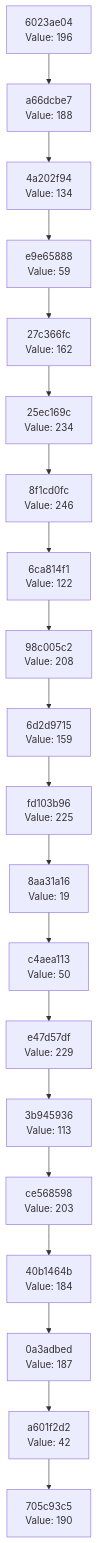
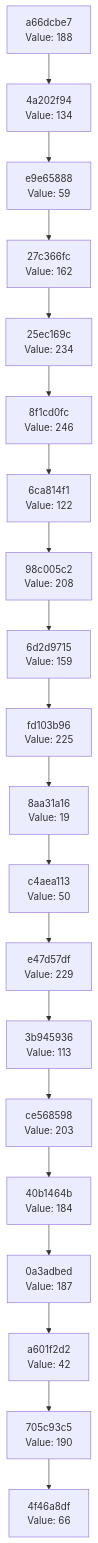
Before and after one commit to Abhisheksinha1506/hash-chain-evolver: the diagram in docs/CHAIN_VISUALIZATION.md, drawn with Mermaid. The commit also changed 3 other files, not shown here.

````diff
--- a/docs/CHAIN_VISUALIZATION.md
+++ b/docs/CHAIN_VISUALIZATION.md
@@ -3,42 +3,42 @@
 ```mermaid
 graph TD
-    C0["705c93c5<br/>Value: 190"]
-    C1["a601f2d2<br/>Value: 42"]
+    C0["4f46a8df<br/>Value: 66"]
+    C1["705c93c5<br/>Value: 190"]
     C1 --> C0
-    C2["0a3adbed<br/>Value: 187"]
+    C2["a601f2d2<br/>Value: 42"]
     C2 --> C1
-    C3["40b1464b<br/>Value: 184"]
+    C3["0a3adbed<br/>Value: 187"]
     C3 --> C2
-    C4["ce568598<br/>Value: 203"]
+    C4["40b1464b<br/>Value: 184"]
     C4 --> C3
-    C5["3b945936<br/>Value: 113"]
+    C5["ce568598<br/>Value: 203"]
     C5 --> C4
-    C6["e47d57df<br/>Value: 229"]
+    C6["3b945936<br/>Value: 113"]
     C6 --> C5
-    C7["c4aea113<br/>Value: 50"]
+    C7["e47d57df<br/>Value: 229"]
     C7 --> C6
-    C8["8aa31a16<br/>Value: 19"]
+    C8["c4aea113<br/>Value: 50"]
     C8 --> C7
-    C9["fd103b96<br/>Value: 225"]
+    C9["8aa31a16<br/>Value: 19"]
     C9 --> C8
-    C10["6d2d9715<br/>Value: 159"]
+    C10["fd103b96<br/>Value: 225"]
     C10 --> C9
-    C11["98c005c2<br/>Value: 208"]
+    C11["6d2d9715<br/>Value: 159"]
     C11 --> C10
-    C12["6ca814f1<br/>Value: 122"]
+    C12["98c005c2<br/>Value: 208"]
     C12 --> C11
-    C13["8f1cd0fc<br/>Value: 246"]
+    C13["6ca814f1<br/>Value: 122"]
     C13 --> C12
-    C14["25ec169c<br/>Value: 234"]
+    C14["8f1cd0fc<br/>Value: 246"]
     C14 --> C13
-    C15["27c366fc<br/>Value: 162"]
+    C15["25ec169c<br/>Value: 234"]
     C15 --> C14
-    C16["e9e65888<br/>Value: 59"]
+    C16["27c366fc<br/>Value: 162"]
     C16 --> C15
-    C17["4a202f94<br/>Value: 134"]
+    C17["e9e65888<br/>Value: 59"]
     C17 --> C16
-    C18["a66dcbe7<br/>Value: 188"]
+    C18["4a202f94<br/>Value: 134"]
     C18 --> C17
-    C19["6023ae04<br/>Value: 196"]
+    C19["a66dcbe7<br/>Value: 188"]
     C19 --> C18
 ```
````
